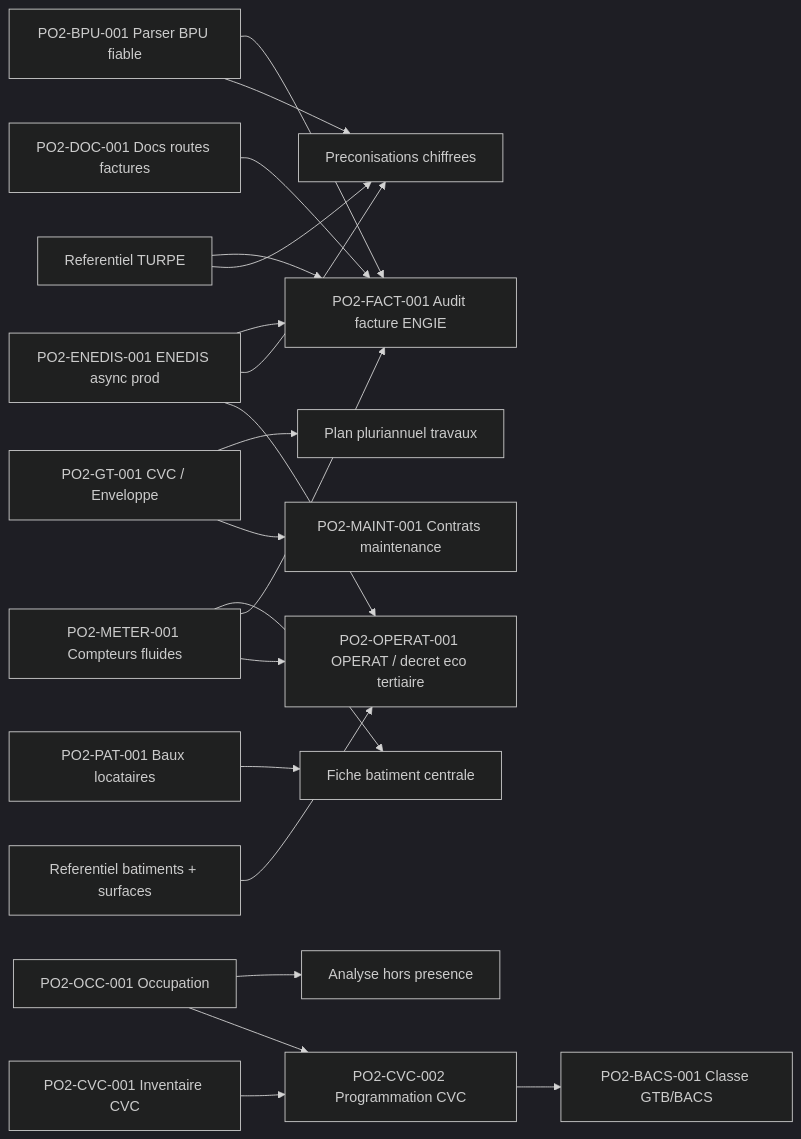
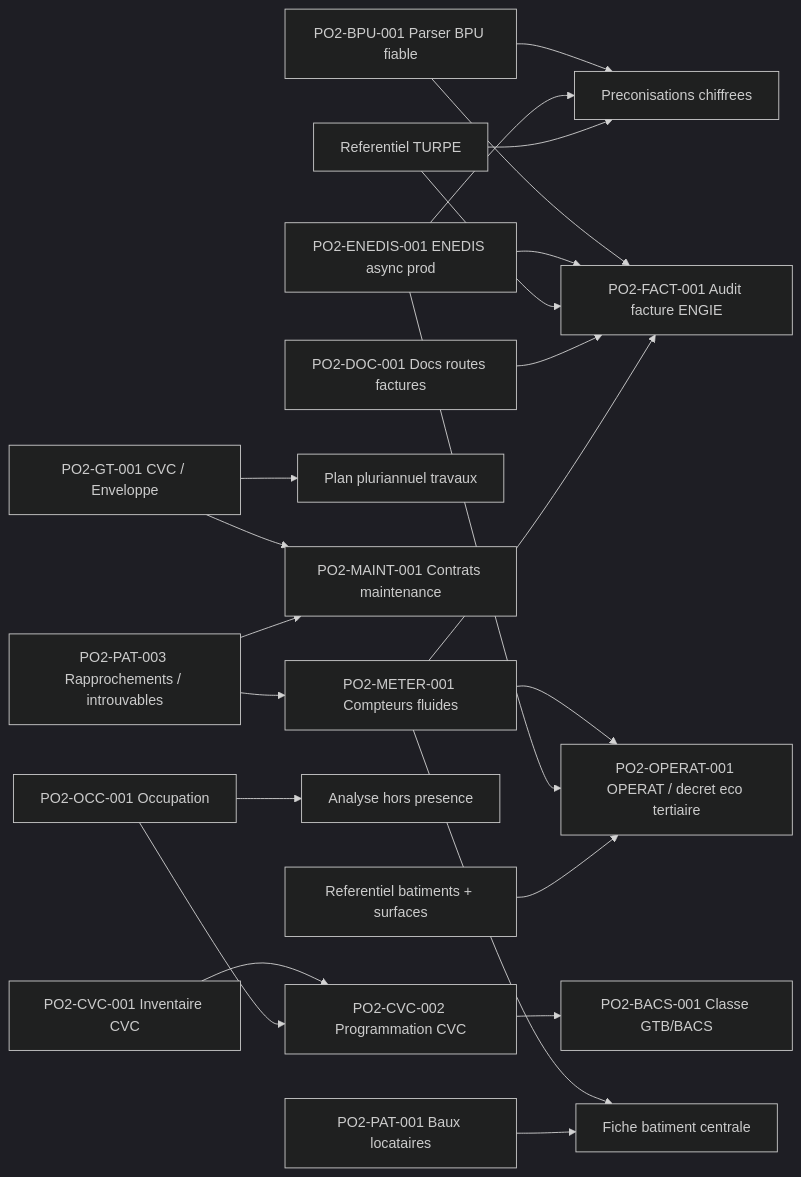
Before and after one commit to PAB34/Po2: the diagram in docs/Backlog.md, drawn with Mermaid (dark theme). The commit also changed other lines of this file and 7 other files, not shown here.

````diff
--- a/docs/Backlog.md
+++ b/docs/Backlog.md
@@ -45,22 +47,24 @@
 ```mermaid
 flowchart LR
   BPU["PO2-BPU-001 Parser BPU fiable"] --> FACT["PO2-FACT-001 Audit facture ENGIE"]
   BPU --> PRECO["Preconisations chiffrees"]
   ENEDIS["PO2-ENEDIS-001 ENEDIS async prod"] --> FACT
   ENEDIS --> PRECO
   TURPE["Referentiel TURPE"] --> FACT
   TURPE --> PRECO
   DOC["PO2-DOC-001 Docs routes factures"] --> FACT
   GT["PO2-GT-001 CVC / Enveloppe"] --> PPT["Plan pluriannuel travaux"]
   GT --> MAINT["PO2-MAINT-001 Contrats maintenance"]
-  METER["PO2-METER-001 Compteurs fluides"] --> REF["Fiche batiment centrale"]
+  MATCH["PO2-PAT-003 Rapprochements / introuvables"] --> METER["PO2-METER-001 Compteurs fluides"]
+  METER --> REF["Fiche batiment centrale"]
+  MATCH --> MAINT
   METER --> FACT
   METER --> OPERAT
   OCC["PO2-OCC-001 Occupation"] --> HORS["Analyse hors presence"]
   CVC["PO2-CVC-001 Inventaire CVC"] --> PROG["PO2-CVC-002 Programmation CVC"]
   PROG --> BACS["PO2-BACS-001 Classe GTB/BACS"]
   OCC --> PROG
   ENEDIS --> OPERAT["PO2-OPERAT-001 OPERAT / decret eco tertiaire"]
   PATRI["Referentiel batiments + surfaces"] --> OPERAT
   PAT["PO2-PAT-001 Baux locataires"] --> REF
 ```
````
